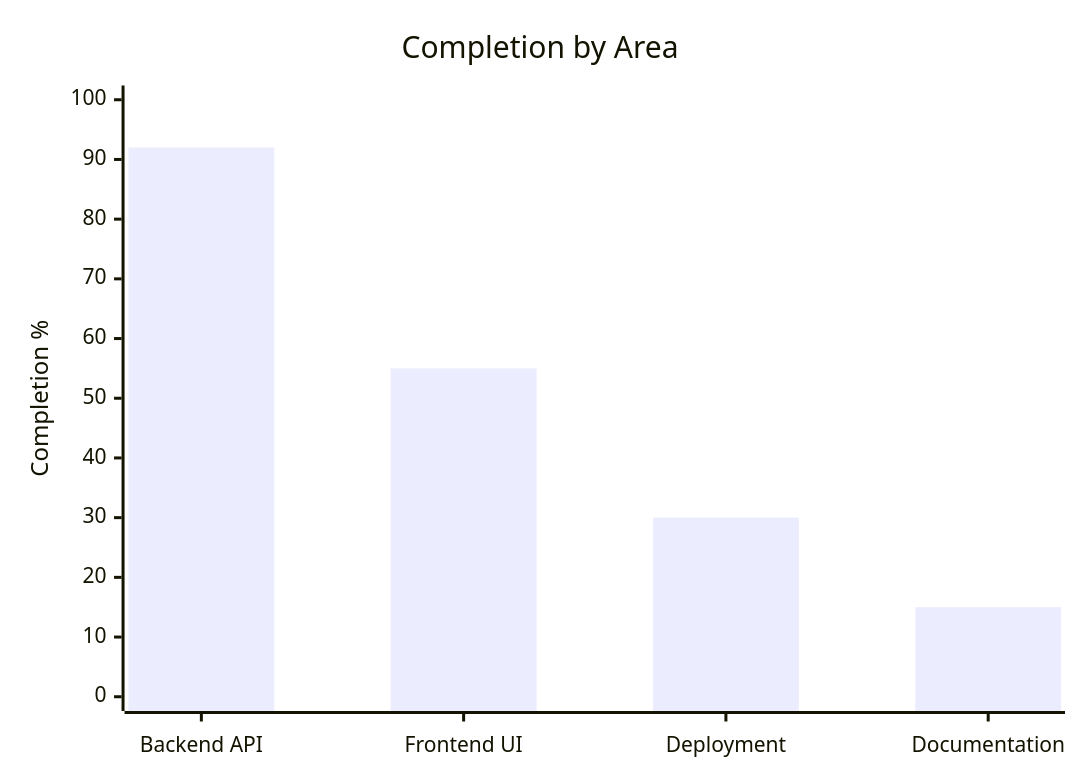
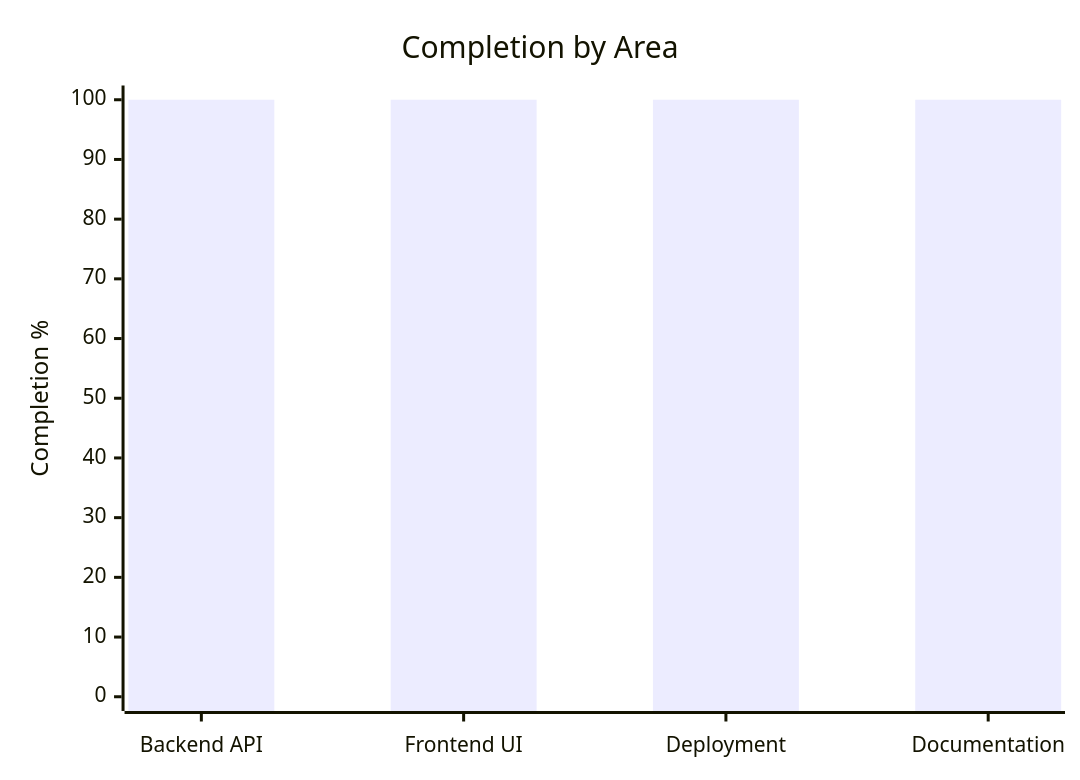
Before and after one commit to trobotics-ops/blood-bank-management-system: the diagram in project-status.md, drawn with Mermaid. The commit also changed other lines of this file and 30 other files, not shown here.

````diff
--- a/project-status.md
+++ b/project-status.md
@@ -5,7 +5,7 @@
 ```mermaid
 xychart-beta
     title "Completion by Area"
     x-axis ["Backend API", "Frontend UI", "Deployment", "Documentation"]
     y-axis "Completion %" 0 --> 100
-    bar [92, 55, 30, 15]
+    bar [100, 100, 100, 100]
 ```
````
